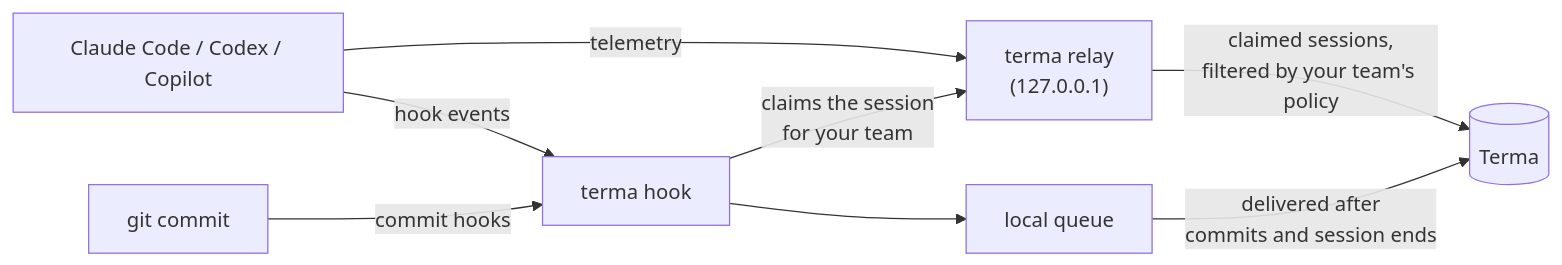
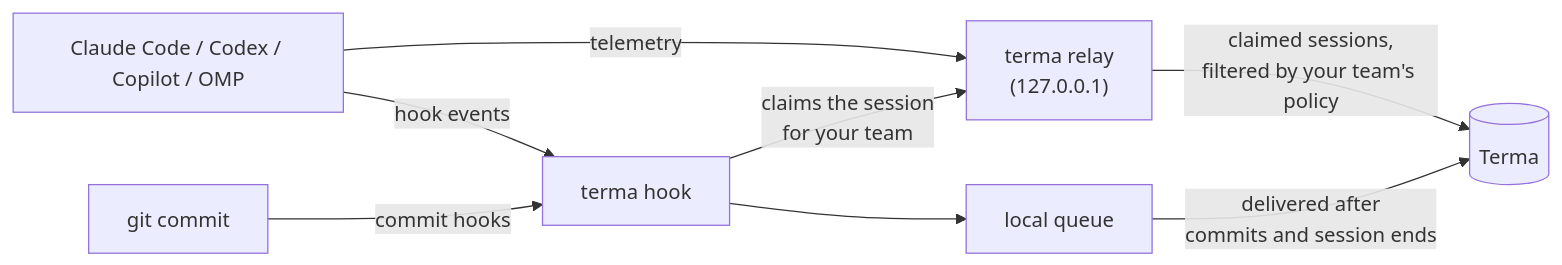
The diagram in README.md (miradorlabs/terma-cli), drawn with Mermaid before and after one commit. The commit also changed other lines of this file and 3 other files, not shown here.

First line of the commit message:
docs(omp): document OMP as a supported agent

````diff
--- a/README.md
+++ b/README.md
@@ -101,10 +101,10 @@
 ```mermaid
 flowchart LR
-  agent["Claude Code / Codex / Copilot"] -- "telemetry" --> relay["terma relay<br/>(127.0.0.1)"]
+  agent["Claude Code / Codex / Copilot / OMP"] -- "telemetry" --> relay["terma relay<br/>(127.0.0.1)"]
   agent -- "hook events" --> hook["terma hook"]
   git["git commit"] -- "commit hooks" --> hook
   hook -- "claims the session<br/>for your team" --> relay
   hook --> queue["local queue"]
   relay -- "claimed sessions,<br/>filtered by your team's policy" --> terma[("Terma")]
   queue -- "delivered after<br/>commits and session ends" --> terma
 ```
````
